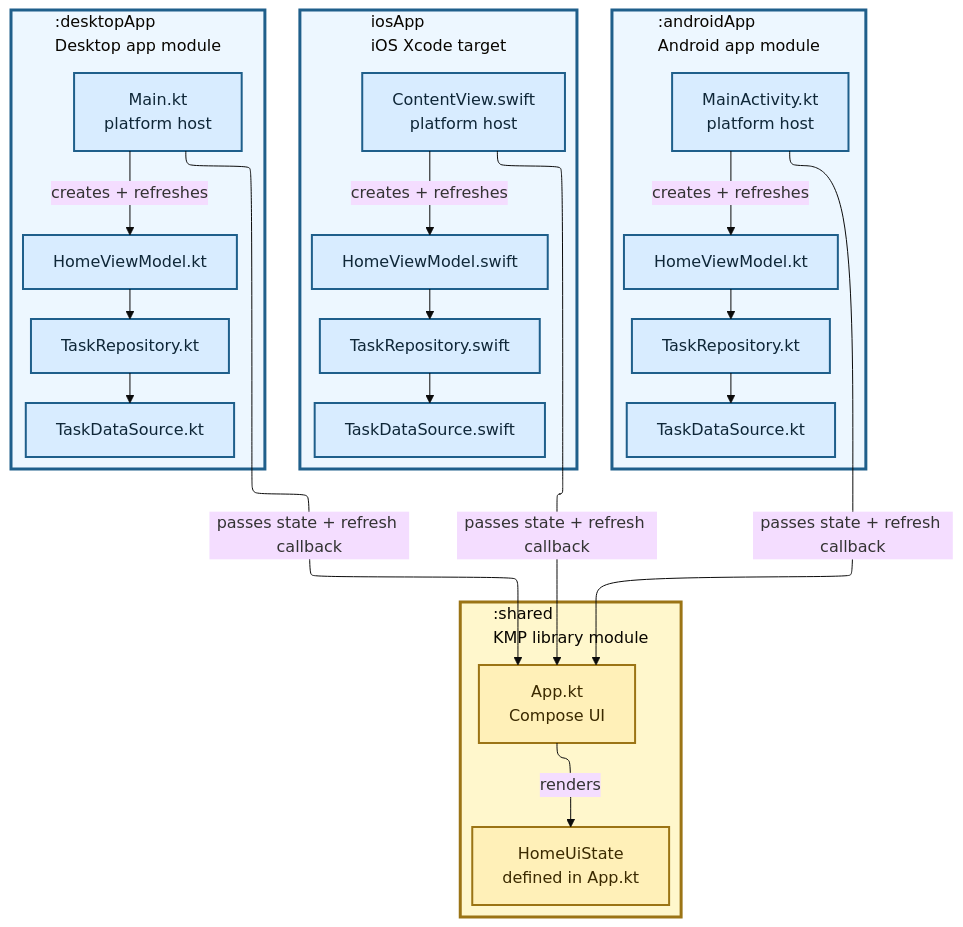
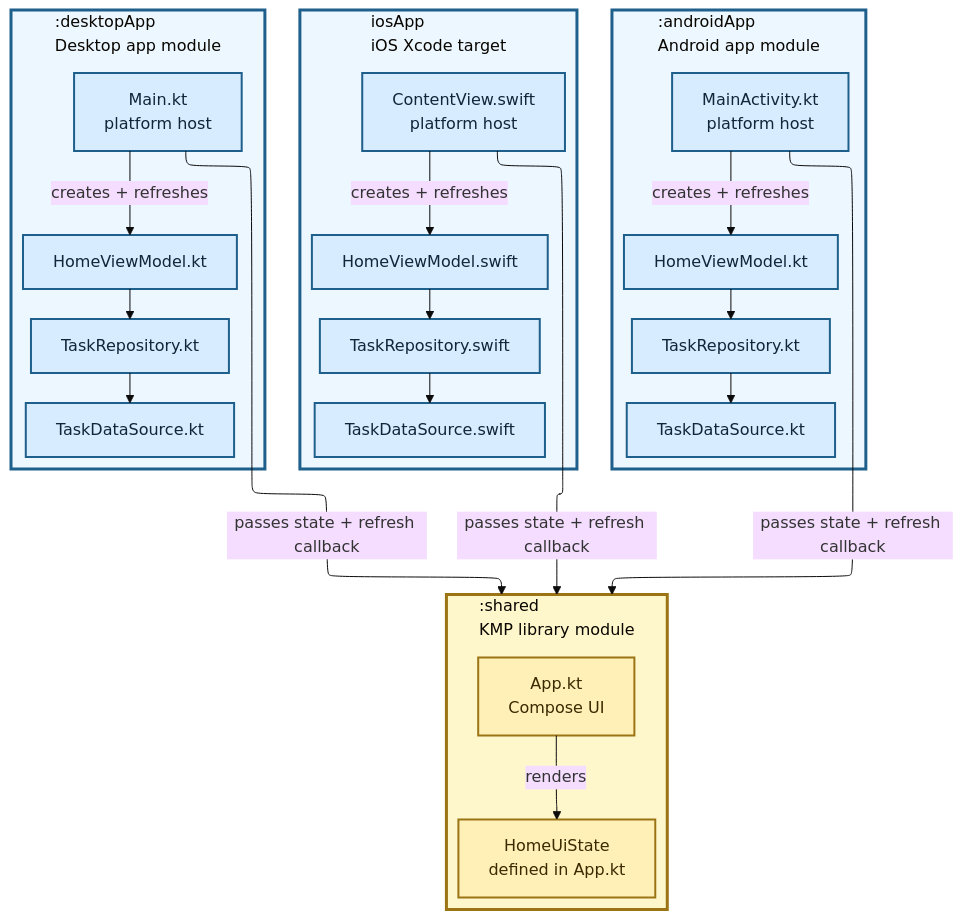
The diagram in diagrams/03-kmp-compose-ui.md (TheSetox/kmp-sample-diagrams), drawn with Mermaid (base theme) before and after one commit. The commit also changed 38 other files, not shown here.

Commit message:
docs: clarify diagram typography and routing

````diff
--- a/diagrams/03-kmp-compose-ui.md
+++ b/diagrams/03-kmp-compose-ui.md
@@ -5,55 +5,55 @@
 ```mermaid
 ---
 config:
   layout: elk
   elk:
     nodePlacementStrategy: LINEAR_SEGMENTS
 ---
 flowchart TB
   subgraph Android[":androidApp\nAndroid app module"]
     AEntry["MainActivity.kt\nplatform host"]
     AVM["HomeViewModel.kt"]
     ARepository["TaskRepository.kt"]
     ADataSource["TaskDataSource.kt"]
     AEntry -->|"creates + refreshes"| AVM
     AVM --> ARepository --> ADataSource
   end
 
   subgraph IOS["iosApp\niOS Xcode target"]
     IEntry["ContentView.swift\nplatform host"]
     IVM["HomeViewModel.swift"]
     IRepository["TaskRepository.swift"]
     IDataSource["TaskDataSource.swift"]
     IEntry -->|"creates + refreshes"| IVM
     IVM --> IRepository --> IDataSource
   end
 
   subgraph Desktop[":desktopApp\nDesktop app module"]
     DEntry["Main.kt\nplatform host"]
     DVM["HomeViewModel.kt"]
     DRepository["TaskRepository.kt"]
     DDataSource["TaskDataSource.kt"]
     DEntry -->|"creates + refreshes"| DVM
     DVM --> DRepository --> DDataSource
   end
 
   subgraph KMP[":shared\nKMP library module"]
     direction TB
     App["App.kt\nCompose UI"]
     State["HomeUiState\ndefined in App.kt"]
     App -->|"renders"| State
   end
 
-  DEntry -->|"passes state + refresh callback"| App
-  IEntry -->|"passes state + refresh callback"| App
-  AEntry -->|"passes state + refresh callback"| App
+  DEntry -->|"passes state + refresh callback"| KMP
+  IEntry -->|"passes state + refresh callback"| KMP
+  AEntry -->|"passes state + refresh callback"| KMP
 
   classDef app fill:#d8ecff,stroke:#1f5f8b,color:#0f2738,stroke-width:2px;
   classDef kmp fill:#fff0b8,stroke:#9b7415,color:#3b2a00,stroke-width:2px;
   class AEntry,AVM,ARepository,ADataSource,IEntry,IVM,IRepository,IDataSource,DEntry,DVM,DRepository,DDataSource app;
   class App,State kmp;
   style Android fill:#edf7ff,stroke:#1f5f8b,stroke-width:3px
   style IOS fill:#edf7ff,stroke:#1f5f8b,stroke-width:3px
   style Desktop fill:#edf7ff,stroke:#1f5f8b,stroke-width:3px
   style KMP fill:#fff7cc,stroke:#9b7415,stroke-width:3px
 ```
````
